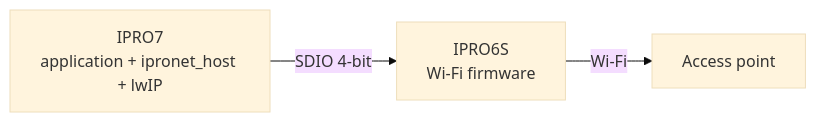
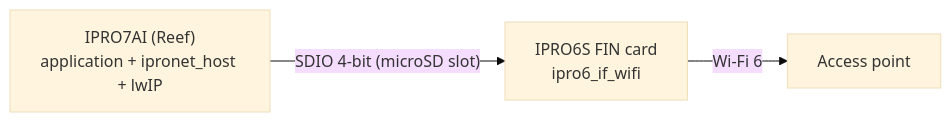
Before and after one commit to INTELPRO-INC/ipro-sdk-docs: the diagram in docs/en/hardware/chips/ipro6s.md, drawn with Mermaid (base theme). The commit also changed other lines of this file and 182 other files, not shown here.

First line of the commit message:
feat: the site for SDK V2.2.0 - hands-on, on the IPRO7AI Reef EVK V4.0

````diff
--- a/docs/en/hardware/chips/ipro6s.md
+++ b/docs/en/hardware/chips/ipro6s.md
@@ -61,5 +115,5 @@
 ```mermaid
 flowchart LR
-    A["IPRO7<br/>application + ipronet_host + lwIP"] -- "SDIO 4-bit" --> B["IPRO6S<br/>Wi-Fi firmware"]
-    B -- "Wi-Fi" --> C["Access point"]
+    A["IPRO7AI (Reef)<br/>application + ipronet_host + lwIP"] -- "SDIO 4-bit (microSD slot)" --> B["IPRO6S FIN card<br/>ipro6_if_wifi"]
+    B -- "Wi-Fi 6" --> C["Access point"]
 ```
````
